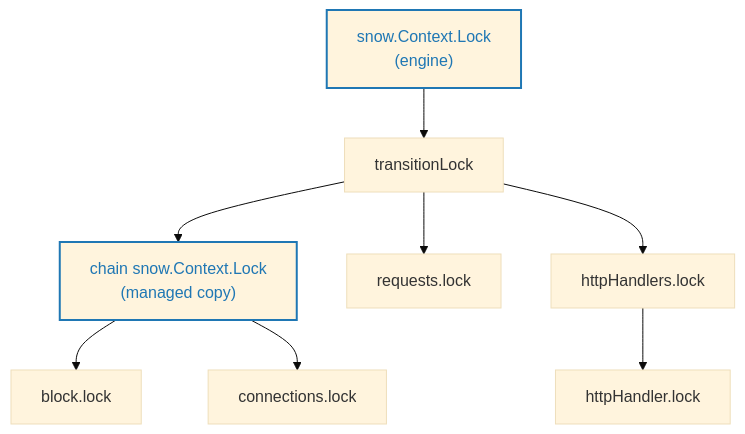
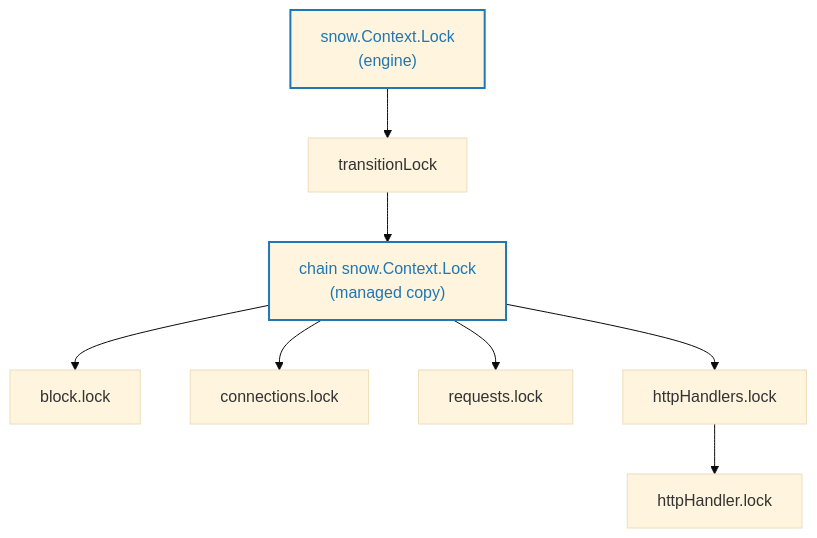
One commit to ava-labs/avalanchego changed the fifth of 5 diagrams in vms/transitionvm/README.md. Above: the diagram before and after it, drawn with Mermaid (base theme).

````diff
--- a/vms/transitionvm/README.md
+++ b/vms/transitionvm/README.md
@@ -193,14 +193,14 @@
 ```mermaid
 flowchart TD
     e["snow.Context.Lock<br/>(engine)"]
     e --> t["transitionLock"]
     t --> cc["chain snow.Context.Lock<br/>(managed copy)"]
     cc --> b["block.lock"]
     cc --> c["connections.lock"]
-    t --> r["requests.lock"]
-    t --> hs["httpHandlers.lock"]
+    cc --> r["requests.lock"]
+    cc --> hs["httpHandlers.lock"]
     hs --> h["httpHandler.lock"]
 
     classDef ctxCls stroke:#1f77b4,stroke-width:2px,color:#1f77b4;
     class e,cc ctxCls;
 ```
````
